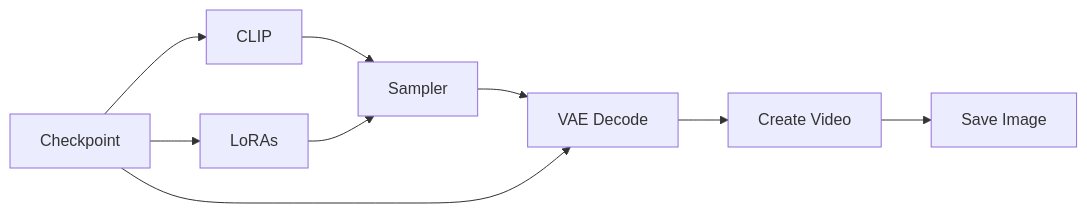
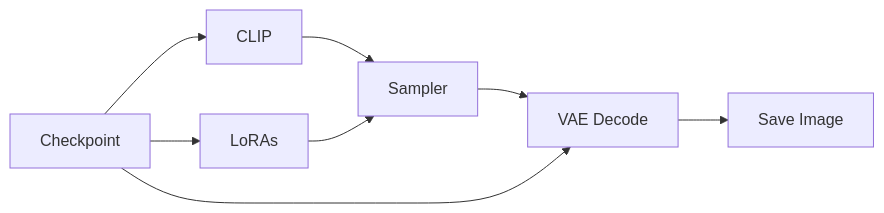
One commit to felipebottega/AI-Audiovisual-Lab changed the diagram in ComfyUI/Guide-ComfyUI-T2I.md. Above: the diagram before and after it, drawn with Mermaid. The commit also changed 4 other files, not shown here.

````diff
--- a/ComfyUI/Guide-ComfyUI-T2I.md
+++ b/ComfyUI/Guide-ComfyUI-T2I.md
@@ -7,8 +7,8 @@
 ```mermaid
 flowchart LR
     A[Checkpoint] --> B[CLIP]
     B --> D
     A --> C[LoRAs] --> D[Sampler]
-    D --> F[VAE Decode] --> G[Create Video] --> H[Save Image]
+    D --> F[VAE Decode] --> G[Save Image]
     A --> F
 ```
````
